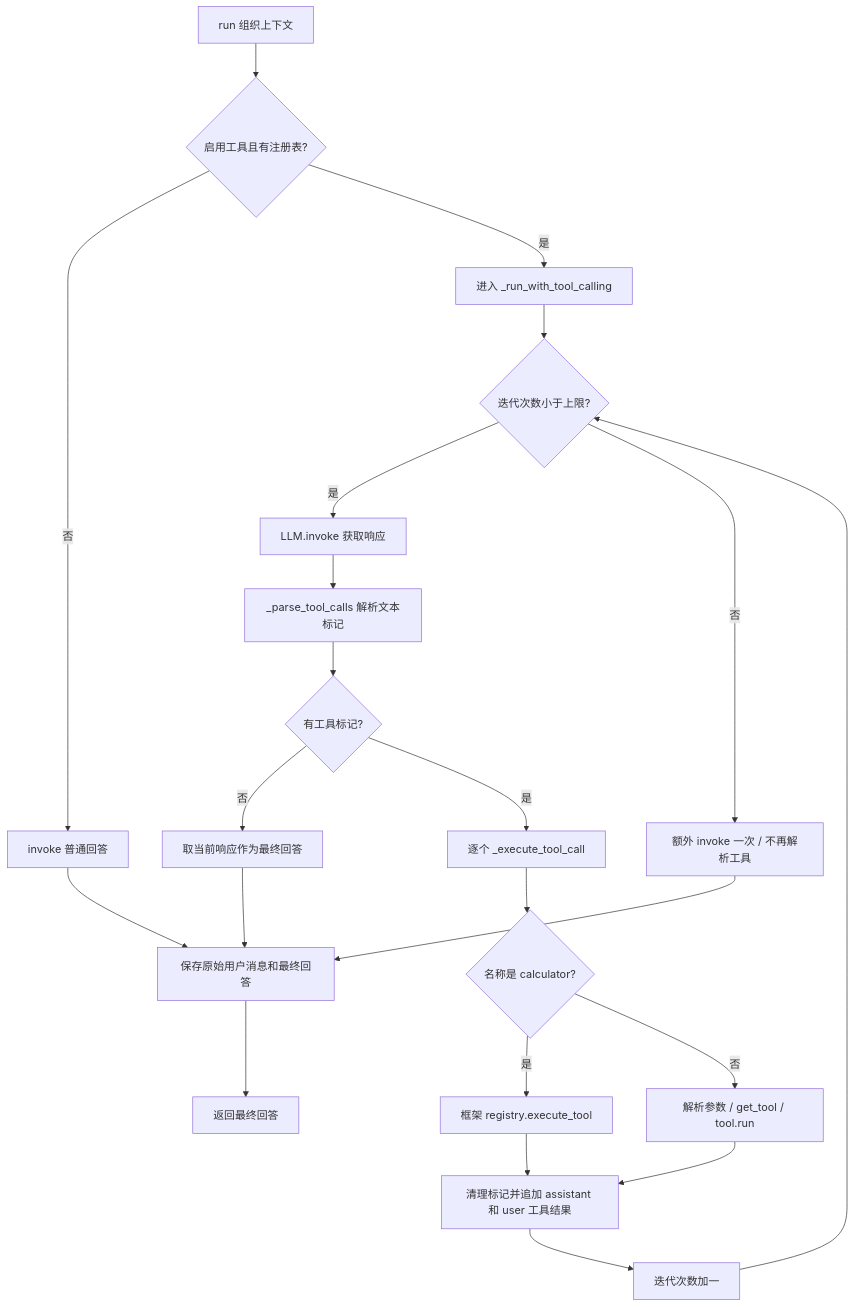
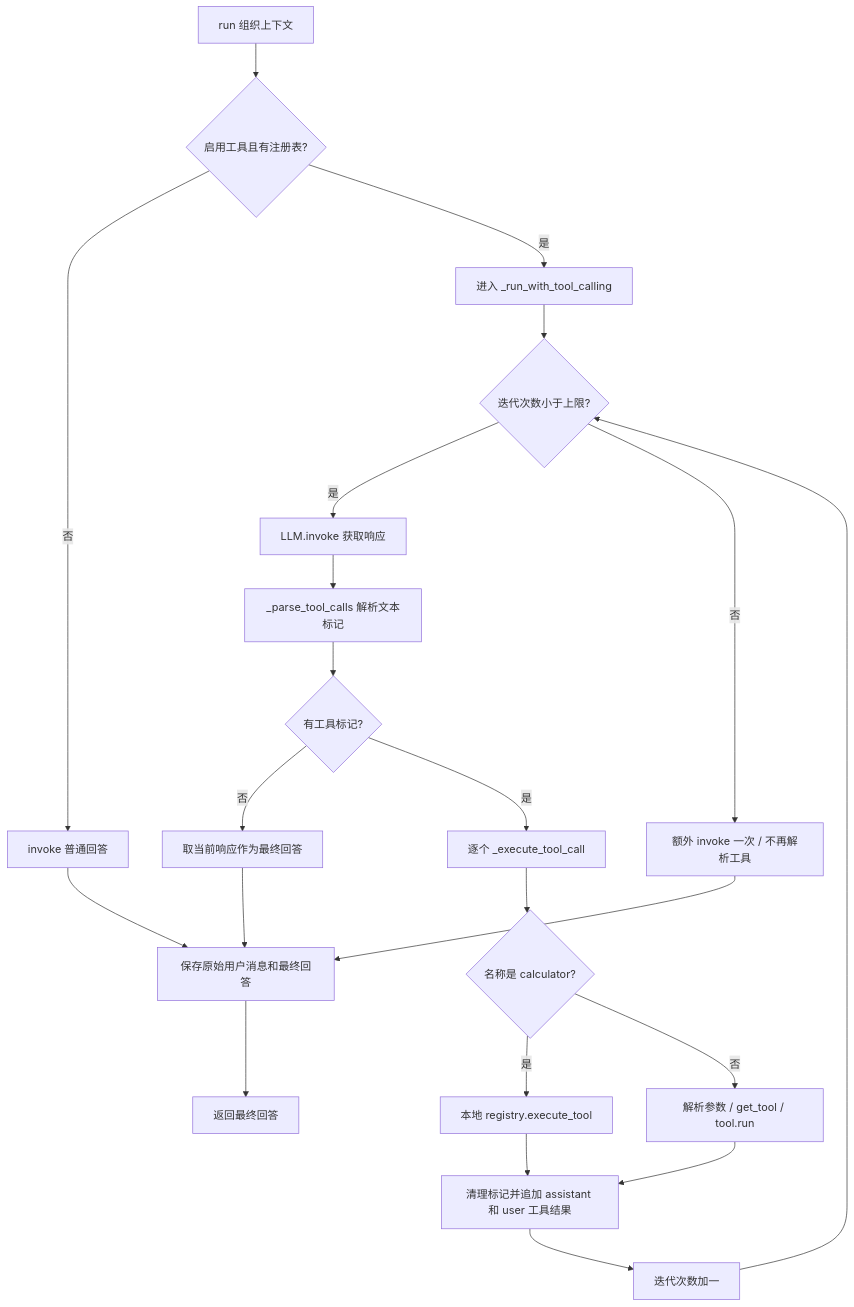
Before and after one commit to SWAlbert-0/agent-practice: the fourth of 11 diagrams in docs/flows/核心代码流程.md, drawn with Mermaid. The commit also changed other lines of this file and 40 other files, not shown here.

````diff
--- a/docs/flows/核心代码流程.md
+++ b/docs/flows/核心代码流程.md
@@ -85,24 +85,24 @@
 ```mermaid
 flowchart TD
     A[run 组织上下文] --> B{启用工具且有注册表?}
     B -->|否| C[invoke 普通回答]
     B -->|是| D[进入 _run_with_tool_calling]
     D --> E{迭代次数小于上限?}
     E -->|是| F[LLM.invoke 获取响应]
     F --> G[_parse_tool_calls 解析文本标记]
     G --> H{有工具标记?}
     H -->|否| I[取当前响应作为最终回答]
     H -->|是| J[逐个 _execute_tool_call]
     J --> K{名称是 calculator?}
-    K -->|是| L[框架 registry.execute_tool]
+    K -->|是| L[本地 registry.execute_tool]
     K -->|否| M[解析参数 / get_tool / tool.run]
     L --> N[清理标记并追加 assistant 和 user 工具结果]
     M --> N
     N --> O[迭代次数加一]
     O --> E
     E -->|否| P[额外 invoke 一次 / 不再解析工具]
     P --> Q[保存原始用户消息和最终回答]
     I --> Q
     C --> Q
     Q --> R[返回最终回答]
 ```
````
